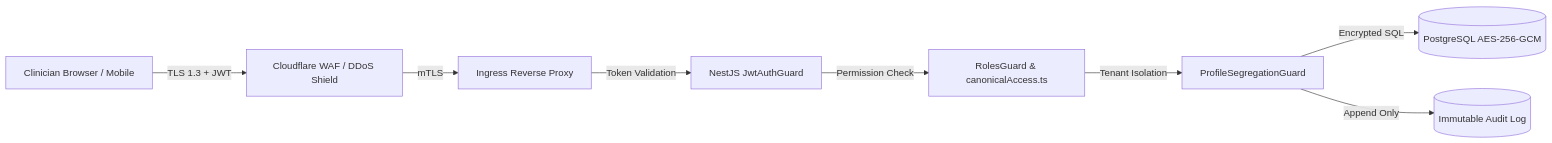
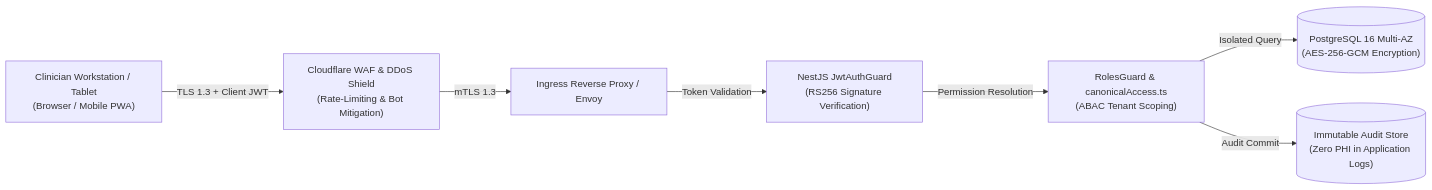
Before and after one commit to MISHHF93/CareDroid-Clinical-AI: the diagram in docs/SECURITY_ARCHITECTURE.md, drawn with Mermaid. The commit also changed other lines of this file and 328 other files, not shown here.

````diff
--- a/docs/SECURITY_ARCHITECTURE.md
+++ b/docs/SECURITY_ARCHITECTURE.md
@@ -14,10 +15,9 @@
 ```mermaid
 flowchart LR
-    Client[Clinician Browser / Mobile] -->|TLS 1.3 + JWT| WAF[Cloudflare WAF / DDoS Shield]
-    WAF -->|mTLS| Ingress[Ingress Reverse Proxy]
-    Ingress -->|Token Validation| AuthGuard[NestJS JwtAuthGuard]
-    AuthGuard -->|Permission Check| RBAC[RolesGuard & canonicalAccess.ts]
-    RBAC -->|Tenant Isolation| Segregation[ProfileSegregationGuard]
-    Segregation -->|Encrypted SQL| DB[(PostgreSQL AES-256-GCM)]
-    Segregation -->|Append Only| Audit[(Immutable Audit Log)]
+    Client["Clinician Workstation / Tablet\n(Browser / Mobile PWA)"] -->|TLS 1.3 + Client JWT| WAF["Cloudflare WAF & DDoS Shield\n(Rate-Limiting & Bot Mitigation)"]
+    WAF -->|mTLS 1.3| Ingress["Ingress Reverse Proxy / Envoy"]
+    Ingress -->|Token Validation| AuthGuard["NestJS JwtAuthGuard\n(RS256 Signature Verification)"]
+    AuthGuard -->|Permission Resolution| RBAC["RolesGuard & canonicalAccess.ts\n(ABAC Tenant Scoping)"]
+    RBAC -->|Isolated Query| DB[("PostgreSQL 16 Multi-AZ\n(AES-256-GCM Encryption)")]
+    RBAC -->|Audit Commit| Audit[("Immutable Audit Store\n(Zero PHI in Application Logs)")]
 ```
````
